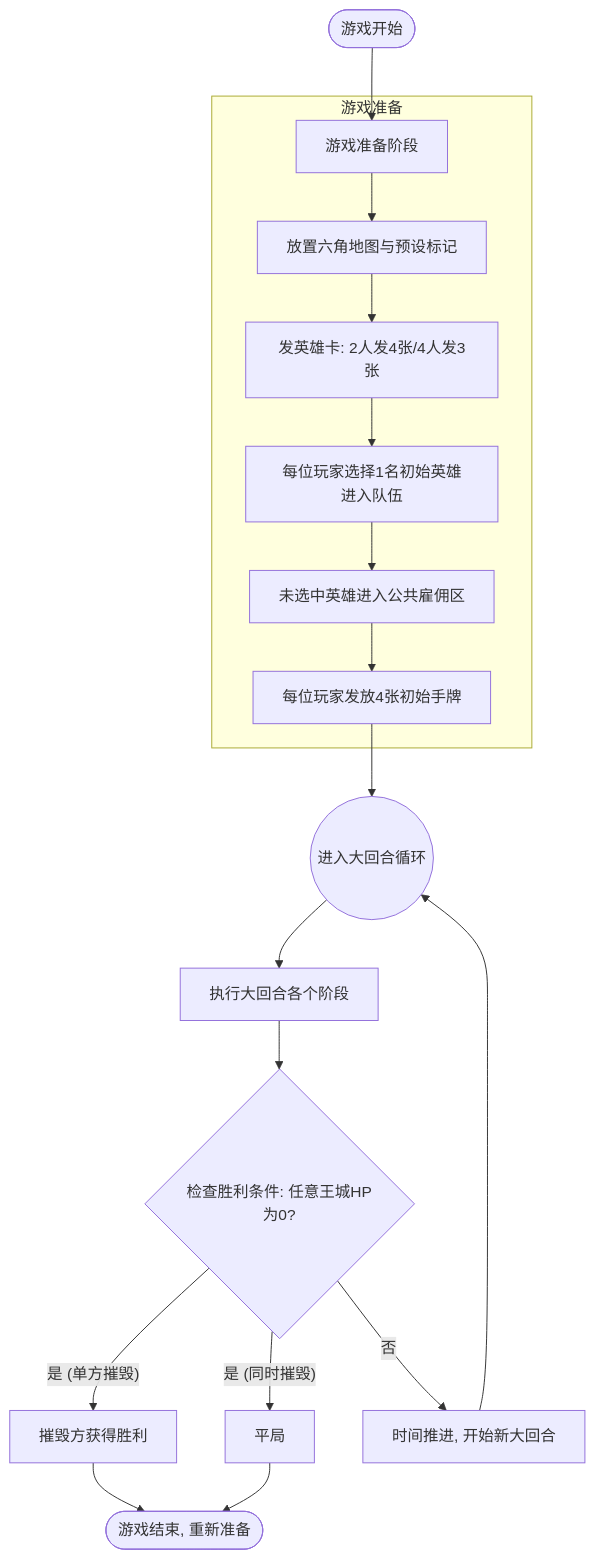
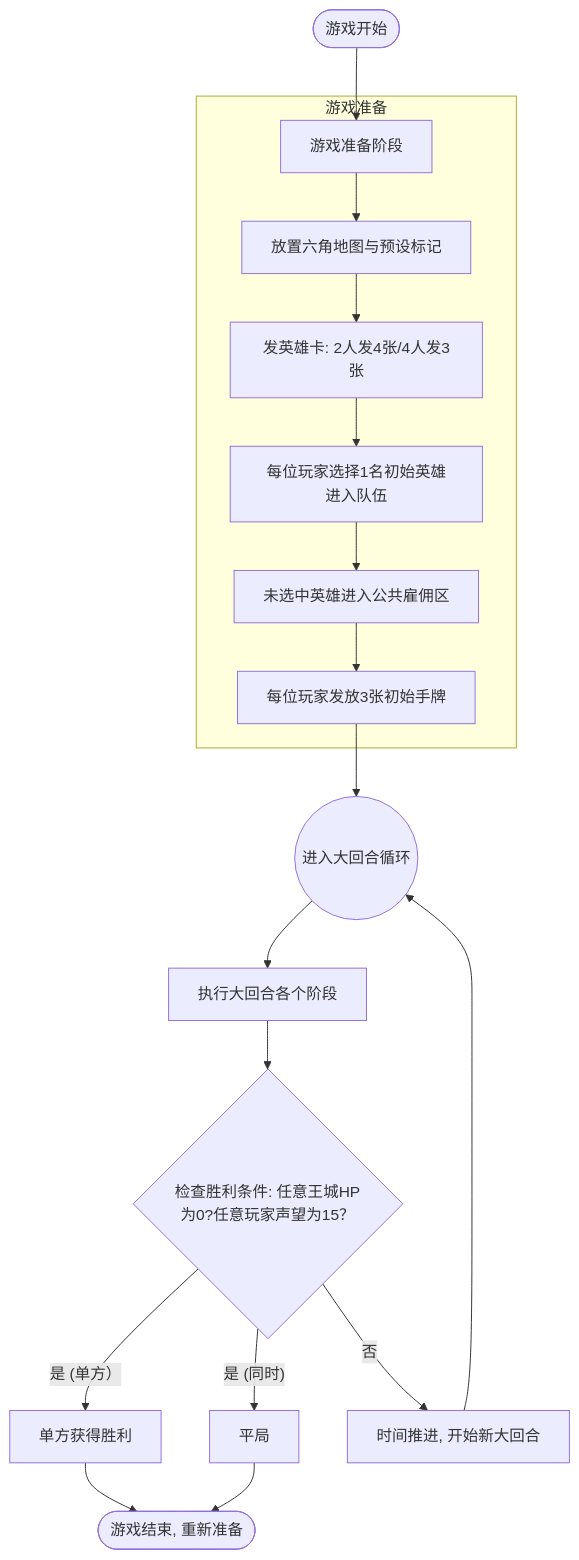
The first of 6 diagrams in flow.md (zhipijun1996/heros_war), drawn with Mermaid before and after one commit.

Commit message:
更新 flow.md
小修改大流程

````diff
--- a/flow.md
+++ b/flow.md
@@ -1,25 +1,25 @@
 ```mermaid
 graph TD
     Start([游戏开始]) --> Setup[游戏准备阶段]
     
     subgraph 游戏准备
         Setup --> PlaceMap[放置六角地图与预设标记]
         PlaceMap --> DealHeroes[发英雄卡: 2人发4张/4人发3张]
         DealHeroes --> SelectHero[每位玩家选择1名初始英雄进入队伍]
         SelectHero --> Pool[未选中英雄进入公共雇佣区]
-        Pool --> DealCards[每位玩家发放4张初始手牌]
+        Pool --> DealCards[每位玩家发放3张初始手牌]
     end
 
     DealCards --> RoundLoop((进入大回合循环))
 
     RoundLoop --> MainRound[执行大回合各个阶段]
-    MainRound --> CheckWin{检查胜利条件: 任意王城HP为0?}
+    MainRound --> CheckWin{检查胜利条件: 任意王城HP为0?任意玩家声望为15？}
     
-    CheckWin -- "是 (单方摧毁)" --> Winner[摧毁方获得胜利]
-    CheckWin -- "是 (同时摧毁)" --> Draw[平局]
+    CheckWin -- "是 (单方）" --> Winner[单方获得胜利]
+    CheckWin -- "是 (同时)" --> Draw[平局]
     Winner --> End([游戏结束, 重新准备])
     Draw --> End
     
     CheckWin -- "否" --> StartNextRound[时间推进, 开始新大回合]
     StartNextRound --> RoundLoop
 ```
````
